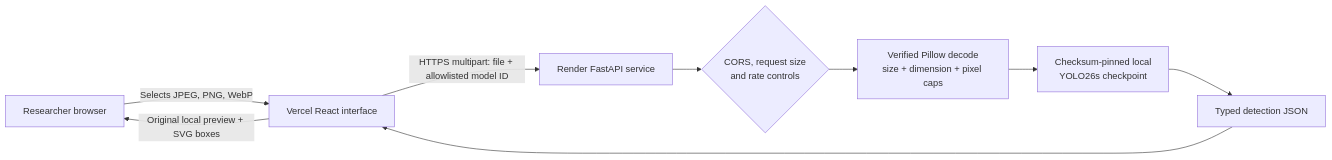
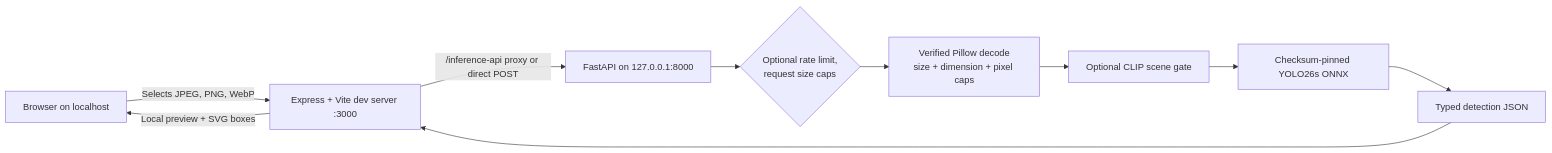
Before and after one commit to Sonalhegde/litter-detect-app: the diagram in docs/architecture.md, drawn with Mermaid. The commit also changed other lines of this file and 18 other files, not shown here.

````diff
--- a/docs/architecture.md
+++ b/docs/architecture.md
@@ -5,11 +5,12 @@
 ```mermaid
 flowchart LR
-    U[Researcher browser] -->|Selects JPEG, PNG, WebP| V[Vercel React interface]
-    V -->|HTTPS multipart: file + allowlisted model ID| R[Render FastAPI service]
-    R --> C{CORS, request size\nand rate controls}
+    U[Browser on localhost] -->|Selects JPEG, PNG, WebP| F[Express + Vite dev server :3000]
+    F -->|/inference-api proxy or direct POST| B[FastAPI on 127.0.0.1:8000]
+    B --> C{Optional rate limit,\nrequest size caps}
     C --> I[Verified Pillow decode\nsize + dimension + pixel caps]
-    I --> M[Checksum-pinned local\nYOLO26s checkpoint]
+    I --> S[Optional CLIP scene gate]
+    S --> M[Checksum-pinned YOLO26s ONNX]
     M --> J[Typed detection JSON]
-    J --> V
-    V -->|Original local preview + SVG boxes| U
+    J --> F
+    F -->|Local preview + SVG boxes| U
 ```
````
